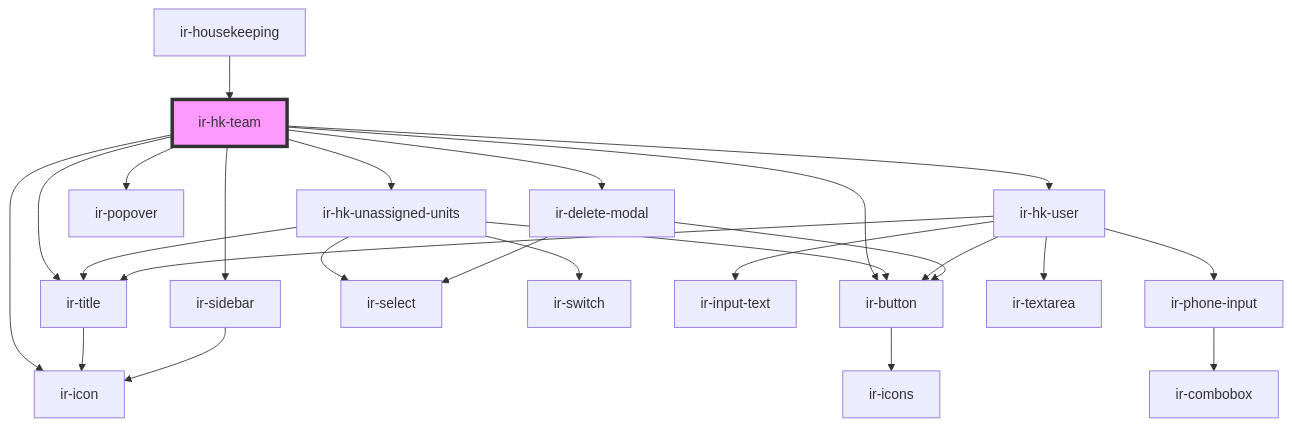
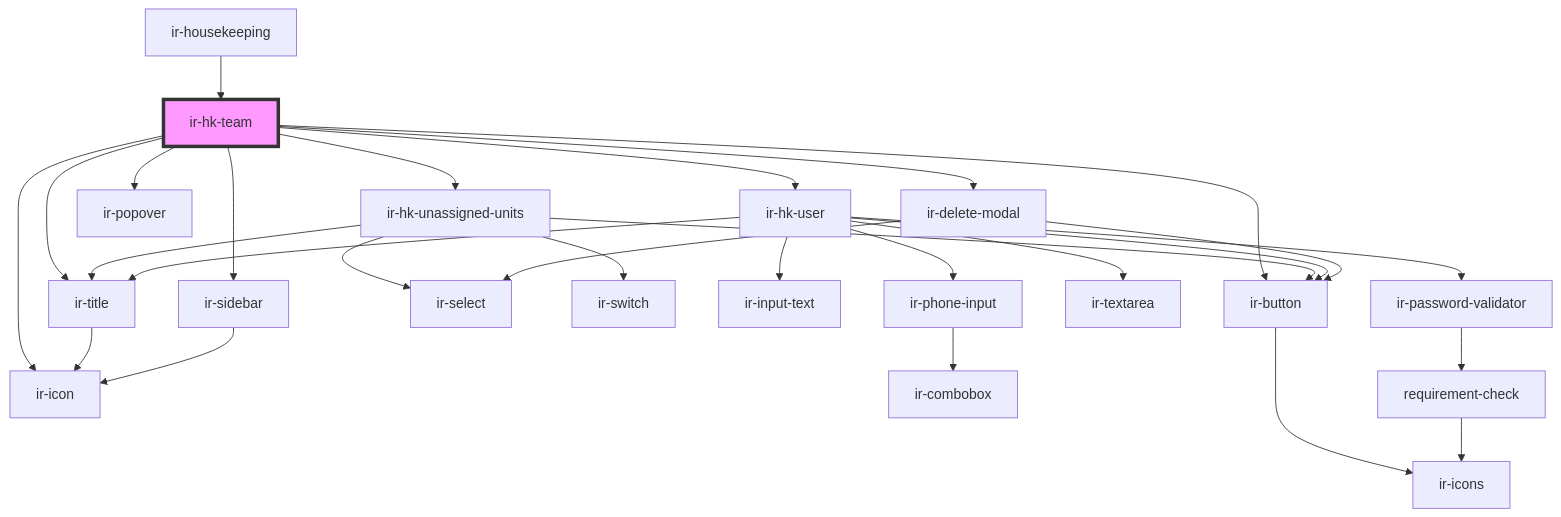
Before and after one commit to David1Chowaifaty/modified-ir-webcmp: the diagram in src/components/ir-housekeeping/ir-hk-team/readme.md, drawn with Mermaid. The commit also changed 29 other files, not shown here.

````diff
--- a/src/components/ir-housekeeping/ir-hk-team/readme.md
+++ b/src/components/ir-housekeeping/ir-hk-team/readme.md
@@ -26,28 +26,31 @@
 ```mermaid
 graph TD;
   ir-hk-team --> ir-hk-unassigned-units
   ir-hk-team --> ir-hk-user
   ir-hk-team --> ir-title
   ir-hk-team --> ir-icon
   ir-hk-team --> ir-popover
   ir-hk-team --> ir-button
   ir-hk-team --> ir-sidebar
   ir-hk-team --> ir-delete-modal
   ir-hk-unassigned-units --> ir-select
   ir-hk-unassigned-units --> ir-switch
   ir-hk-unassigned-units --> ir-title
   ir-hk-unassigned-units --> ir-button
   ir-title --> ir-icon
   ir-button --> ir-icons
   ir-hk-user --> ir-title
   ir-hk-user --> ir-input-text
   ir-hk-user --> ir-phone-input
   ir-hk-user --> ir-textarea
+  ir-hk-user --> ir-password-validator
   ir-hk-user --> ir-button
   ir-phone-input --> ir-combobox
+  ir-password-validator --> requirement-check
+  requirement-check --> ir-icons
   ir-sidebar --> ir-icon
   ir-delete-modal --> ir-button
   ir-delete-modal --> ir-select
   ir-housekeeping --> ir-hk-team
   style ir-hk-team fill:#f9f,stroke:#333,stroke-width:4px
 ```
````
